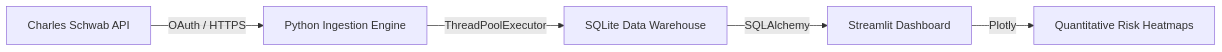
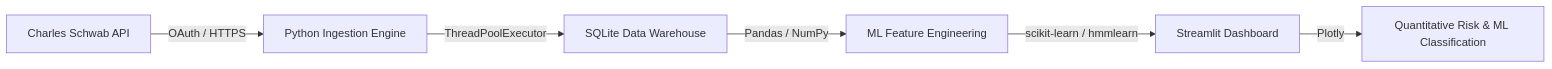
Before and after one commit to mp2123/Institutional-Market-Data-Engine-Docs: the diagram in README.md, drawn with Mermaid. The commit also changed other lines of this file, not shown here.

````diff
--- a/README.md
+++ b/README.md
@@ -22,7 +28,8 @@
 ```mermaid
 flowchart LR
     A["Charles Schwab API"] -- "OAuth / HTTPS" --> B["Python Ingestion Engine"]
     B -- "ThreadPoolExecutor" --> C["SQLite Data Warehouse"]
-    C -- "SQLAlchemy" --> D["Streamlit Dashboard"]
-    D -- "Plotly" --> E["Quantitative Risk Heatmaps"]
+    C -- "Pandas / NumPy" --> D["ML Feature Engineering"]
+    D -- "scikit-learn / hmmlearn" --> E["Streamlit Dashboard"]
+    E -- "Plotly" --> F["Quantitative Risk & ML Classification"]
 ```
````
